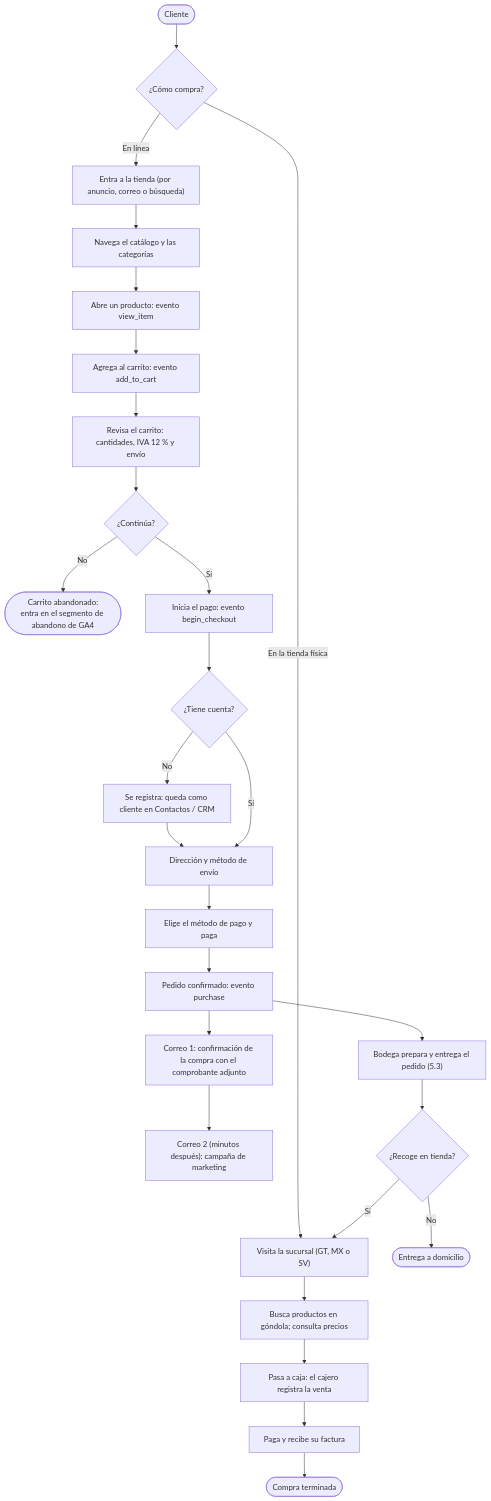
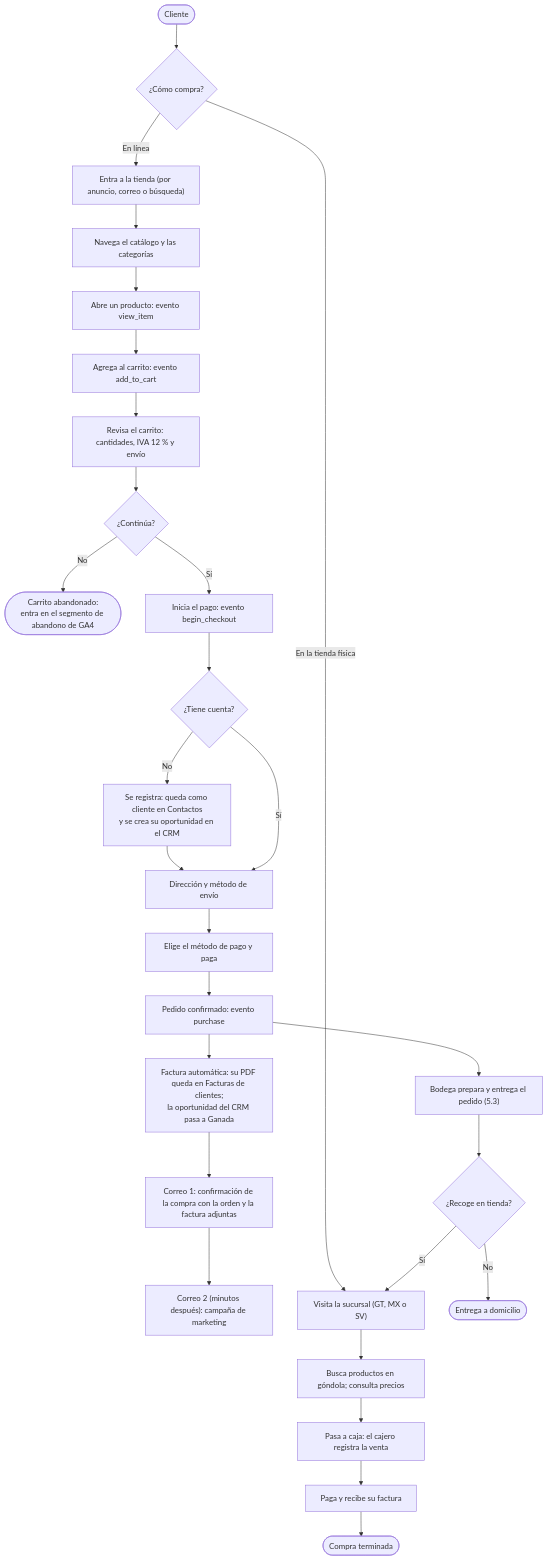
Before and after one commit to NaomiYos/SOG2-2S26_grupo14: the sixth of 6 diagrams in PROYECTO/evidencias/README_manuales.md, drawn with Mermaid. The commit also changed other lines of this file and 2 other files, not shown here.

Commit message:
docs: estado y guía de manuales con la tienda, el correo y el CRM

````diff
--- a/PROYECTO/evidencias/README_manuales.md
+++ b/PROYECTO/evidencias/README_manuales.md
@@ -412,28 +412,29 @@
 ```mermaid
 flowchart TD
   A([Cliente]) --> B{"¿Cómo compra?"}
   B -- "En línea" --> C["Entra a la tienda (por anuncio, correo o búsqueda)"]
   C --> D["Navega el catálogo y las categorías"]
   D --> E["Abre un producto: evento view_item"]
   E --> F["Agrega al carrito: evento add_to_cart"]
   F --> G["Revisa el carrito: cantidades, IVA 12 % y envío"]
   G --> H{"¿Continúa?"}
   H -- "No" --> H1(["Carrito abandonado:<br/>entra en el segmento de abandono de GA4"])
   H -- "Sí" --> I["Inicia el pago: evento begin_checkout"]
   I --> J{"¿Tiene cuenta?"}
-  J -- "No" --> J1["Se registra: queda como cliente en Contactos / CRM"] --> K
+  J -- "No" --> J1["Se registra: queda como cliente en Contactos<br/>y se crea su oportunidad en el CRM"] --> K
   J -- "Sí" --> K["Dirección y método de envío"]
   K --> L["Elige el método de pago y paga"]
   L --> M["Pedido confirmado: evento purchase"]
-  M --> N["Correo 1: confirmación de la compra con el comprobante adjunto"]
+  M --> M1["Factura automática: su PDF queda en Facturas de clientes;<br/>la oportunidad del CRM pasa a Ganada"]
+  M1 --> N["Correo 1: confirmación de la compra con la orden y la factura adjuntas"]
   N --> O["Correo 2 (minutos después): campaña de marketing"]
   M --> P["Bodega prepara y entrega el pedido (5.3)"]
   B -- "En la tienda física" --> Q["Visita la sucursal (GT, MX o SV)"]
   Q --> R["Busca productos en góndola; consulta precios"]
   R --> S["Pasa a caja: el cajero registra la venta"]
   S --> T["Paga y recibe su factura"]
   P --> U{"¿Recoge en tienda?"}
   U -- "Sí" --> Q
   U -- "No" --> V([Entrega a domicilio])
   T --> X([Compra terminada])
 ```
````
